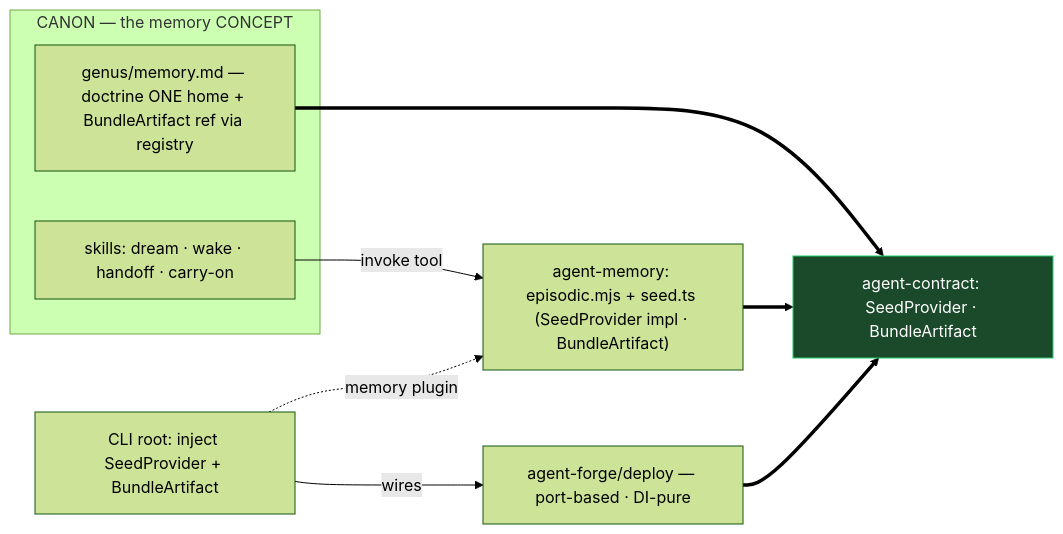
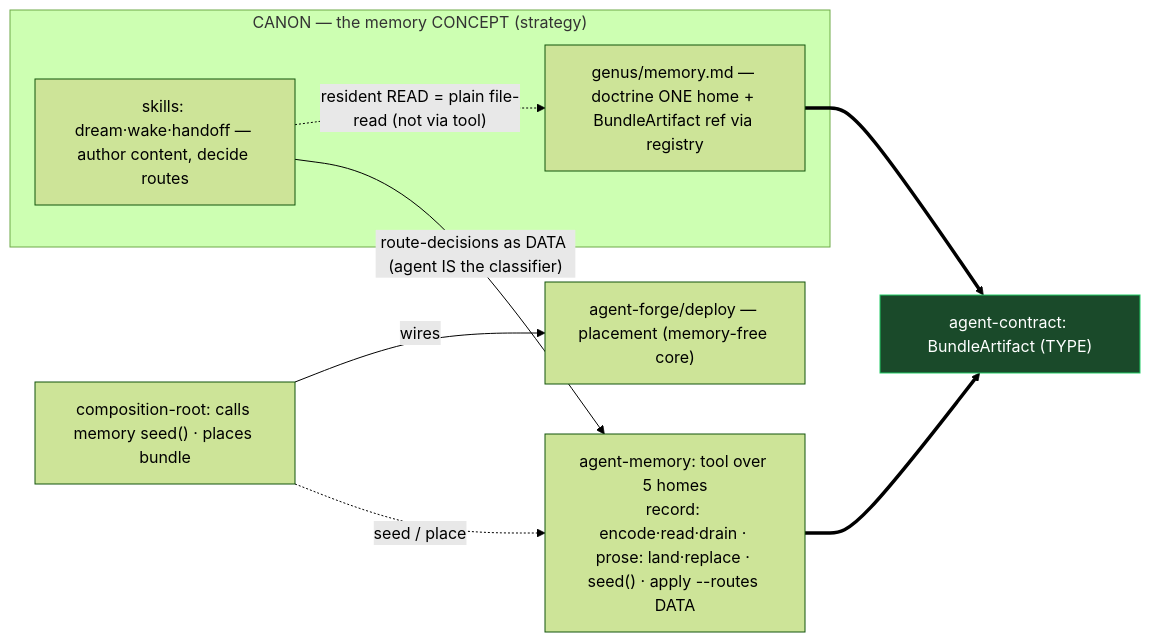
Before and after one commit to leclabs/cratylus: the fourth of 4 diagrams in plans/north-star-architecture/DIAGRAM.md, drawn with Mermaid (forest theme). The commit also changed other lines of this file and 2 other files, not shown here.

Commit message:
docs(north-star): round-4 — memory F1-F6, port surface 5->1, reconcile
Memory: apply=route-decisions-as-data; 4 prose homes get one replace verb;

reads stay agent-direct; lock obligation; defer --describe.

Ports: only HarnessAdapter is behavioral; rest are DTO/data. Reconciled C1-C5; diagram updated.

````diff
--- a/plans/north-star-architecture/DIAGRAM.md
+++ b/plans/north-star-architecture/DIAGRAM.md
@@ -119,18 +119,18 @@
 ```mermaid
 flowchart LR
-  CON2["agent-contract: SeedProvider · BundleArtifact"]:::pure
-  subgraph CANON2["CANON — the memory CONCEPT"]
+  CON2["agent-contract: BundleArtifact (TYPE)"]:::pure
+  subgraph CANON2["CANON — the memory CONCEPT (strategy)"]
     g2["genus/memory.md — doctrine ONE home + BundleArtifact ref via registry"]
-    r2["skills: dream · wake · handoff · carry-on"]
+    r2["skills: dream·wake·handoff — author content, decide routes"]
   end
-  FRG2["agent-forge/deploy — port-based · DI-pure"]
-  M2["agent-memory: episodic.mjs + seed.ts (SeedProvider impl · BundleArtifact)"]
-  ROOT2["CLI root: inject SeedProvider + BundleArtifact"]
+  FRG2["agent-forge/deploy — placement (memory-free core)"]
+  M2["agent-memory: tool over 5 homes<br/>record: encode·read·drain · prose: land·replace · seed() · apply --routes DATA"]
+  ROOT2["composition-root: calls memory seed() · places bundle"]
   g2 ==> CON2
-  FRG2 ==> CON2
   M2 ==> CON2
+  ROOT2 -.->|seed / place| M2
   ROOT2 -->|wires| FRG2
-  ROOT2 -.->|memory plugin| M2
-  r2 -->|invoke tool| M2
+  r2 -->|"route-decisions as DATA (agent IS the classifier)"| M2
+  r2 -.->|"resident READ = plain file-read (not via tool)"| g2
   classDef pure fill:#1a4a2a,stroke:#2c6,color:#fff;
 ```
````
